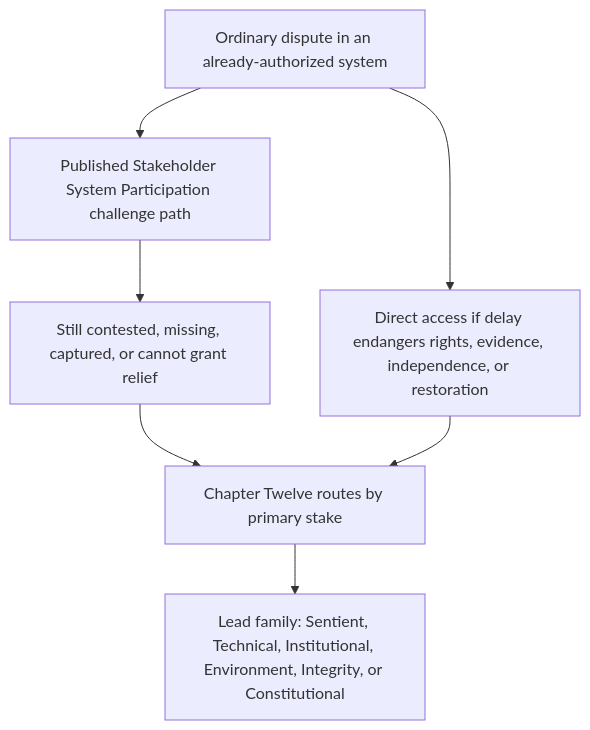
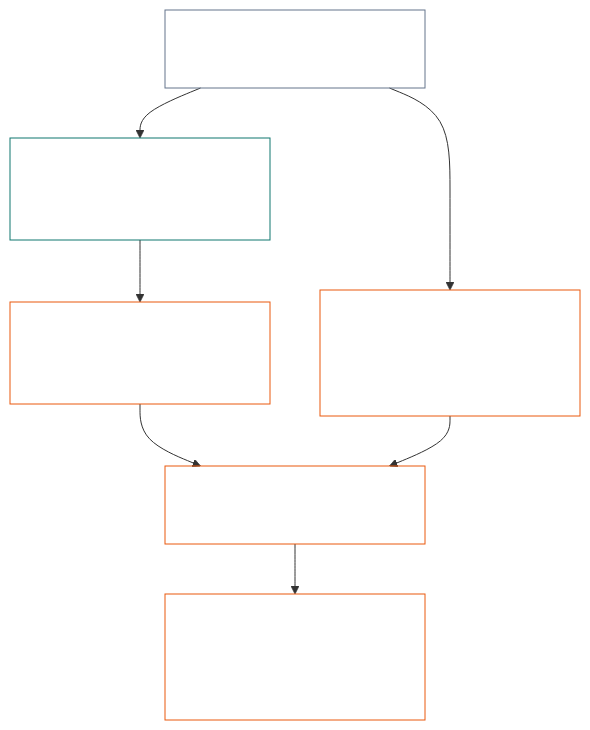
The diagram in core_12_forum.md (kfoelsch/Sentient_Constitution), drawn with Mermaid before and after one commit. The commit also changed 22 other files, not shown here.

````diff
--- a/core_12_forum.md
+++ b/core_12_forum.md
@@ -91,15 +91,21 @@
 ```mermaid
 flowchart TD
   dispute[Ordinary dispute in an already-authorized system]
   challengePath[Published Stakeholder System Participation challenge path]
   stillOpen["Still contested, missing, captured, or cannot grant relief"]
   ch11[Chapter Twelve routes by primary stake]
   lead["Lead family: Sentient, Technical, Institutional, Environment, Integrity, or Constitutional"]
   direct["Direct access if delay endangers rights, evidence, independence, or restoration"]
   dispute --> challengePath
   challengePath --> stillOpen
   stillOpen --> ch11
   ch11 --> lead
   dispute --> direct
   direct --> ch11
+  style dispute fill:none,stroke:#64748b,color:#ffffff
+  style challengePath fill:none,stroke:#0f766e,color:#ffffff
+  style stillOpen fill:none,stroke:#ea580c,color:#ffffff
+  style ch11 fill:none,stroke:#ea580c,color:#ffffff
+  style lead fill:none,stroke:#ea580c,color:#ffffff
+  style direct fill:none,stroke:#ea580c,color:#ffffff
 ```
````
